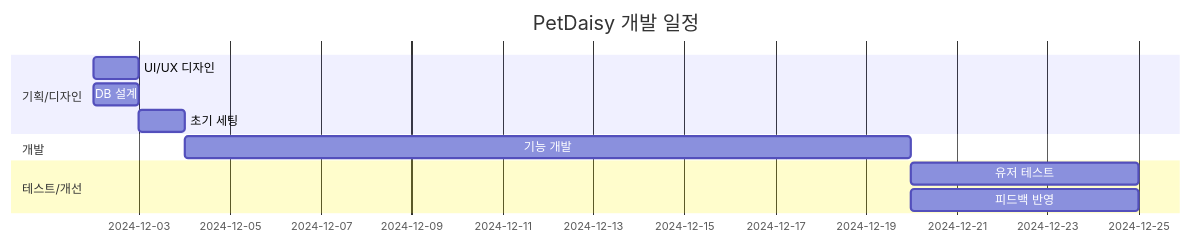
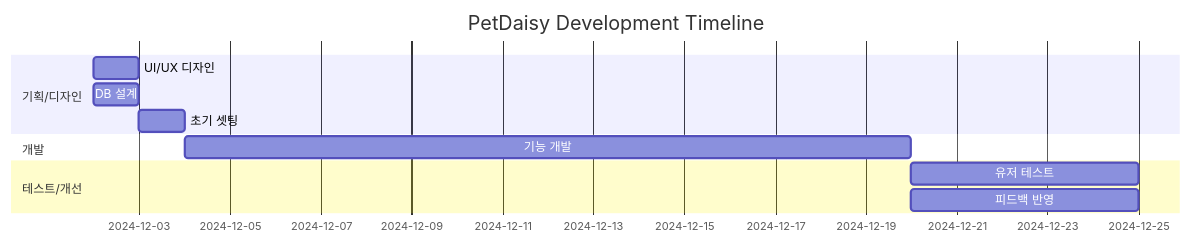
Before and after one commit to hyorimhan/PetDaisy: the diagram in README.md, drawn with Mermaid. The commit also changed other lines of this file, not shown here.

````diff
--- a/README.md
+++ b/README.md
@@ -36,17 +38,17 @@
 ```mermaid
 gantt
     dateFormat  YYYY-MM-DD
-    title       PetDaisy 개발 일정
+    title       PetDaisy Development Timeline
     
     section 기획/디자인
     UI/UX 디자인    :2024-12-02, 1d
     DB 설계        :2024-12-02, 1d
-    초기 세팅      :2024-12-03, 1d
+    초기 셋팅      :2024-12-03, 1d
     
     section 개발
     기능 개발      :2024-12-04, 16d
     
     section 테스트/개선
     유저 테스트    :2024-12-20, 5d
     피드백 반영    :2024-12-20, 5d
 ```
````
